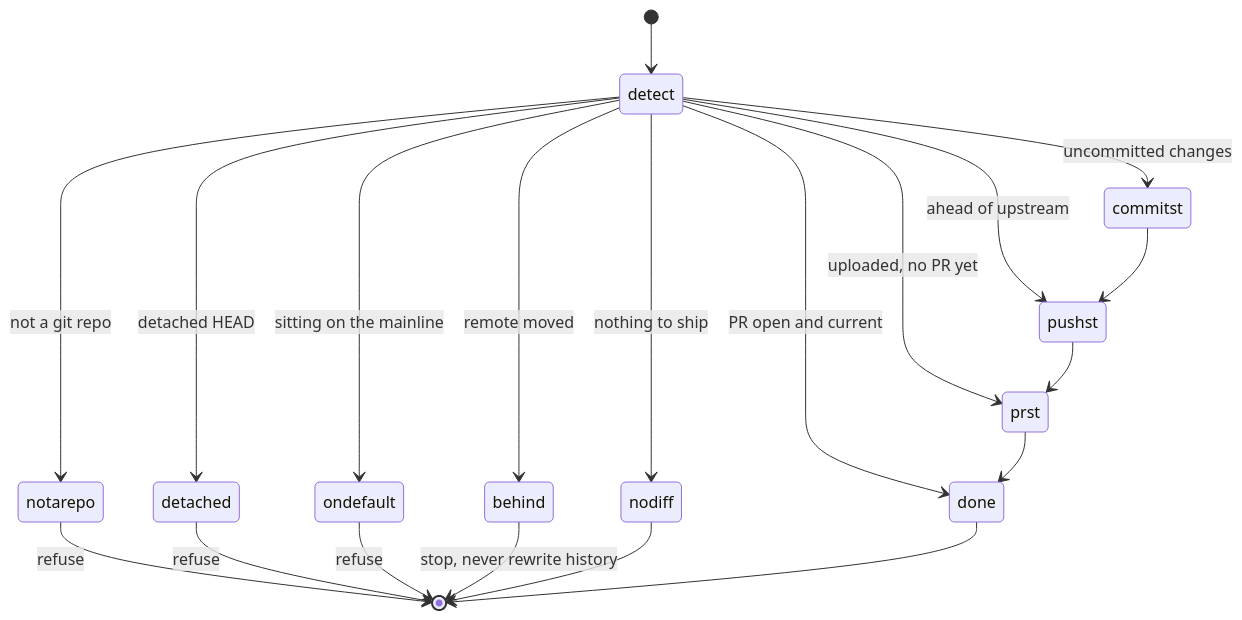
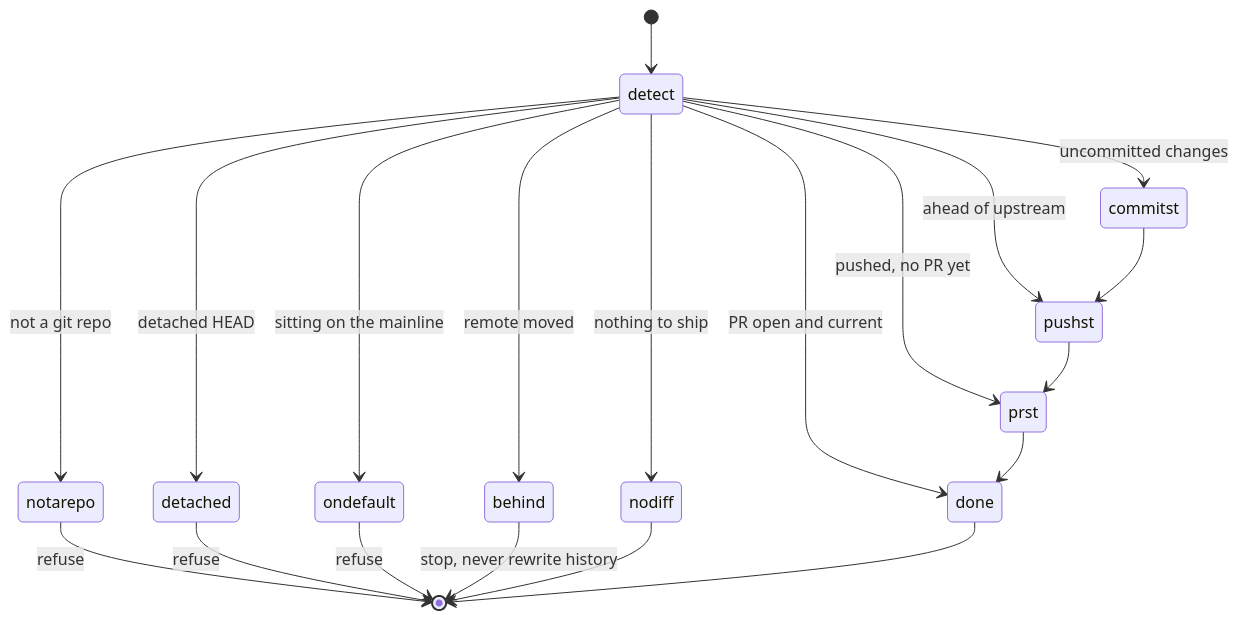
One commit to kostya-epifanov/claude-gantry changed the second of 2 diagrams in docs/ARCHITECTURE.md. Above: the diagram before and after it, drawn with Mermaid. The commit also changed other lines of this file and 19 other files, not shown here.

````diff
--- a/docs/ARCHITECTURE.md
+++ b/docs/ARCHITECTURE.md
@@ -73,22 +73,22 @@
 ```mermaid
 stateDiagram-v2
   [*] --> detect
   detect --> notarepo: not a git repo
   detect --> detached: detached HEAD
   detect --> ondefault: sitting on the mainline
   detect --> commitst: uncommitted changes
   detect --> pushst: ahead of upstream
-  detect --> prst: uploaded, no PR yet
+  detect --> prst: pushed, no PR yet
   detect --> behind: remote moved
   detect --> nodiff: nothing to ship
   detect --> done: PR open and current
   commitst --> pushst
   pushst --> prst
   prst --> done
   notarepo --> [*]: refuse
   detached --> [*]: refuse
   ondefault --> [*]: refuse
   behind --> [*]: stop, never rewrite history
   nodiff --> [*]
   done --> [*]
 ```
````
